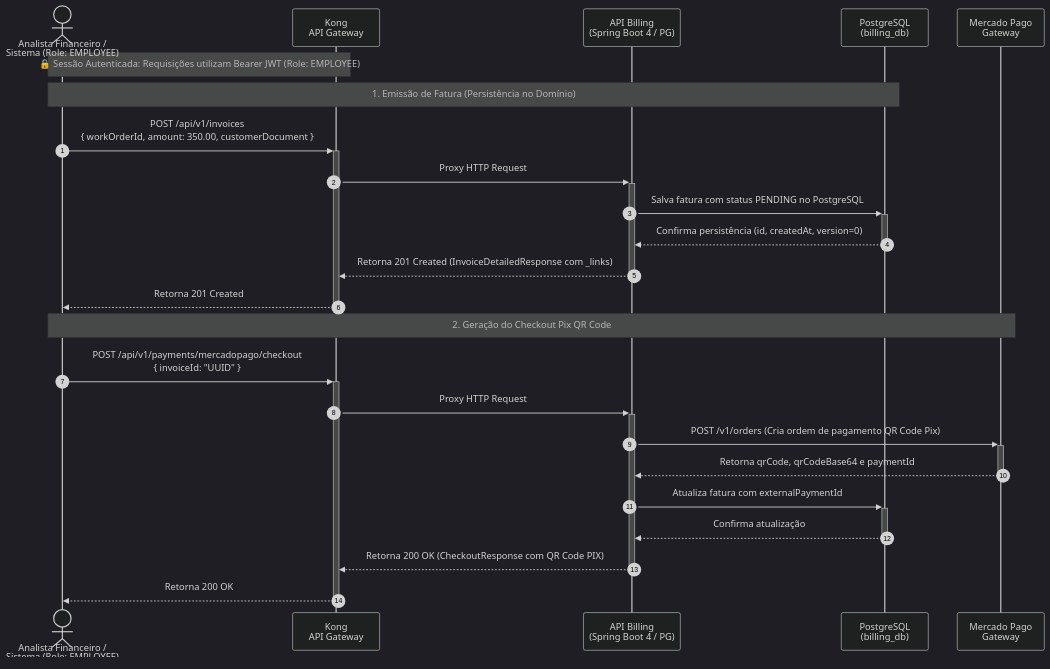
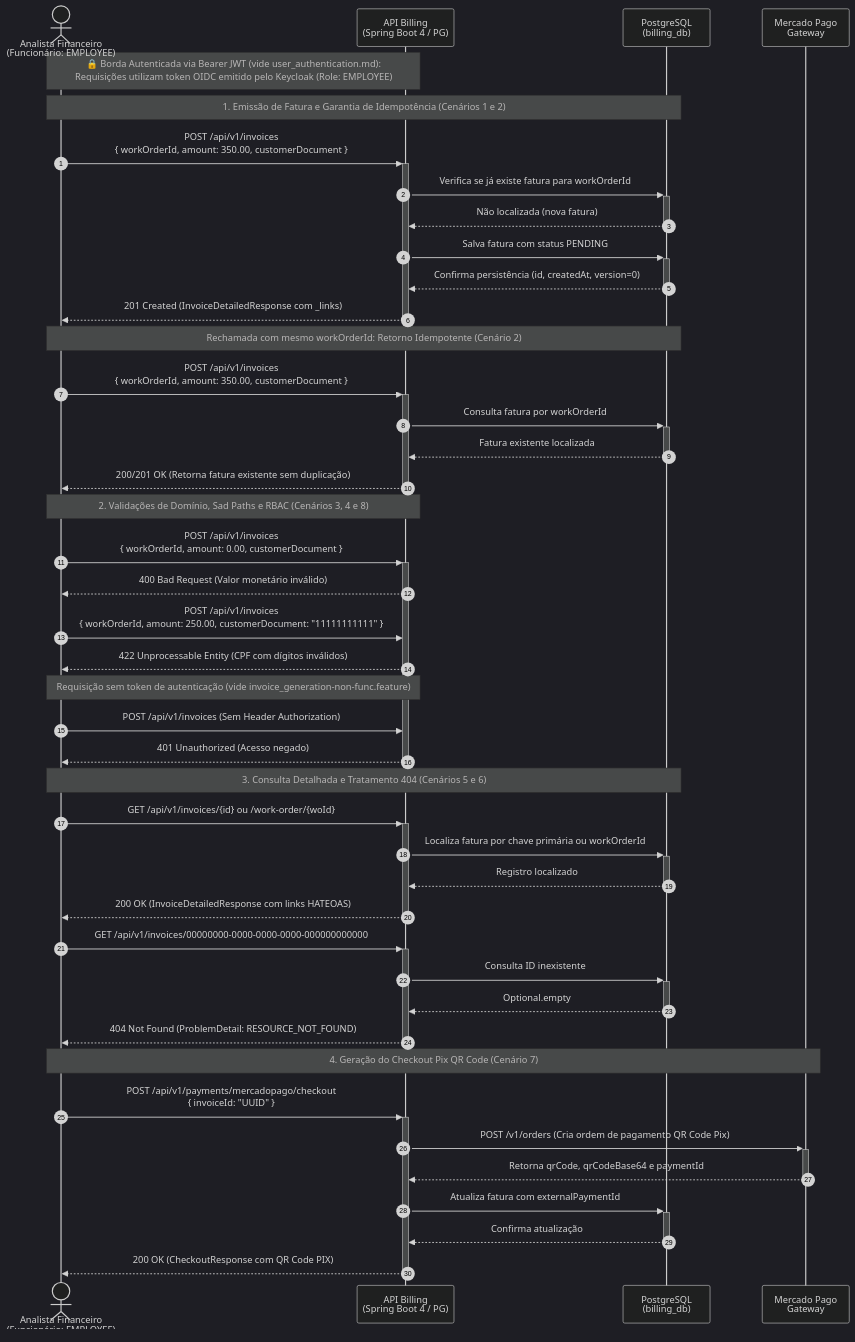
The diagram in src/test/resources/features/billing/invoice_generation.md (rodsordi/15soat-phase4-e2e), drawn with Mermaid (dark theme) before and after one commit. The commit also changed other lines of this file and 90 other files, not shown here.

First line of the commit message:
feat(bdd): segregate non-functional requirements and establish cross-api security guardrails

````diff
--- a/src/test/resources/features/billing/invoice_generation.md
+++ b/src/test/resources/features/billing/invoice_generation.md
@@ -18,31 +24,67 @@
 ```mermaid
 sequenceDiagram
     autonumber
-    actor Cliente as Analista Financeiro /<br/>Sistema (Role: EMPLOYEE)
-    participant Kong as Kong<br/>API Gateway
+    actor Analista as Analista Financeiro<br/>(Funcionário: EMPLOYEE)
     participant Billing as API Billing<br/>(Spring Boot 4 / PG)
     participant DB as PostgreSQL<br/>(billing_db)
     participant MP as Mercado Pago<br/>Gateway
 
-    Note over Cliente,Kong: 🔒 Sessão Autenticada: Requisições utilizam Bearer JWT (Role: EMPLOYEE)
+    Note over Analista,Billing: 🔒 Borda Autenticada via Bearer JWT (vide user_authentication.md):<br/>Requisições utilizam token OIDC emitido pelo Keycloak (Role: EMPLOYEE)
 
-    %% Etapa 1: Emissão da Fatura
-    Note over Cliente,DB: 1. Emissão de Fatura (Persistência no Domínio)
-    Cliente->>+Kong: POST /api/v1/invoices<br/>{ workOrderId, amount: 350.00, customerDocument }
-    Kong->>+Billing: Proxy HTTP Request
-    Billing->>+DB: Salva fatura com status PENDING no PostgreSQL
+    %% -------------------------------------------------------------------------
+    %% 1. Emissão de Fatura e Idempotência
+    %% -------------------------------------------------------------------------
+    Note over Analista,DB: 1. Emissão de Fatura e Garantia de Idempotência (Cenários 1 e 2)
+    Analista->>+Billing: POST /api/v1/invoices<br/>{ workOrderId, amount: 350.00, customerDocument }
+    Billing->>+DB: Verifica se já existe fatura para workOrderId
+    DB-->>-Billing: Não localizada (nova fatura)
+    Billing->>+DB: Salva fatura com status PENDING
     DB-->>-Billing: Confirma persistência (id, createdAt, version=0)
-    Billing-->>-Kong: Retorna 201 Created (InvoiceDetailedResponse com _links)
-    Kong-->>-Cliente: Retorna 201 Created
+    Billing-->>-Analista: 201 Created (InvoiceDetailedResponse com _links)
 
-    %% Etapa 2: Geração do Checkout Pix Mercado Pago
-    Note over Cliente,MP: 2. Geração do Checkout Pix QR Code
-    Cliente->>+Kong: POST /api/v1/payments/mercadopago/checkout<br/>{ invoiceId: "UUID" }
-    Kong->>+Billing: Proxy HTTP Request
+    Note over Analista,DB: Rechamada com mesmo workOrderId: Retorno Idempotente (Cenário 2)
+    Analista->>+Billing: POST /api/v1/invoices<br/>{ workOrderId, amount: 350.00, customerDocument }
+    Billing->>+DB: Consulta fatura por workOrderId
+    DB-->>-Billing: Fatura existente localizada
+    Billing-->>-Analista: 200/201 OK (Retorna fatura existente sem duplicação)
+
+    %% -------------------------------------------------------------------------
+    %% 2. Validações de Domínio e Sad Paths
+    %% -------------------------------------------------------------------------
+    Note over Analista,Billing: 2. Validações de Domínio, Sad Paths e RBAC (Cenários 3, 4 e 8)
+    Analista->>+Billing: POST /api/v1/invoices<br/>{ workOrderId, amount: 0.00, customerDocument }
+    Billing-->>Analista: 400 Bad Request (Valor monetário inválido)
+
+    Analista->>Billing: POST /api/v1/invoices<br/>{ workOrderId, amount: 250.00, customerDocument: "11111111111" }
+    Billing-->>Analista: 422 Unprocessable Entity (CPF com dígitos inválidos)
+
+    Note over Analista,Billing: Requisição sem token de autenticação (vide invoice_generation-non-func.feature)
+
+    Analista->>Billing: POST /api/v1/invoices (Sem Header Authorization)
+    Billing-->>-Analista: 401 Unauthorized (Acesso negado)
+
+    %% -------------------------------------------------------------------------
+    %% 3. Consultas Detalhadas HATEOAS e Tratamento de 404
+    %% -------------------------------------------------------------------------
+    Note over Analista,DB: 3. Consulta Detalhada e Tratamento 404 (Cenários 5 e 6)
+    Analista->>+Billing: GET /api/v1/invoices/{id} ou /work-order/{woId}
+    Billing->>+DB: Localiza fatura por chave primária ou workOrderId
+    DB-->>-Billing: Registro localizado
+    Billing-->>-Analista: 200 OK (InvoiceDetailedResponse com links HATEOAS)
+
+    Analista->>+Billing: GET /api/v1/invoices/00000000-0000-0000-0000-000000000000
+    Billing->>+DB: Consulta ID inexistente
+    DB-->>-Billing: Optional.empty
+    Billing-->>-Analista: 404 Not Found (ProblemDetail: RESOURCE_NOT_FOUND)
+
+    %% -------------------------------------------------------------------------
+    %% 4. Geração do Checkout Pix Mercado Pago
+    %% -------------------------------------------------------------------------
+    Note over Analista,MP: 4. Geração do Checkout Pix QR Code (Cenário 7)
+    Analista->>+Billing: POST /api/v1/payments/mercadopago/checkout<br/>{ invoiceId: "UUID" }
     Billing->>+MP: POST /v1/orders (Cria ordem de pagamento QR Code Pix)
     MP-->>-Billing: Retorna qrCode, qrCodeBase64 e paymentId
     Billing->>+DB: Atualiza fatura com externalPaymentId
     DB-->>-Billing: Confirma atualização
-    Billing-->>-Kong: Retorna 200 OK (CheckoutResponse com QR Code PIX)
-    Kong-->>-Cliente: Retorna 200 OK
+    Billing-->>-Analista: 200 OK (CheckoutResponse com QR Code PIX)
 ```
````
